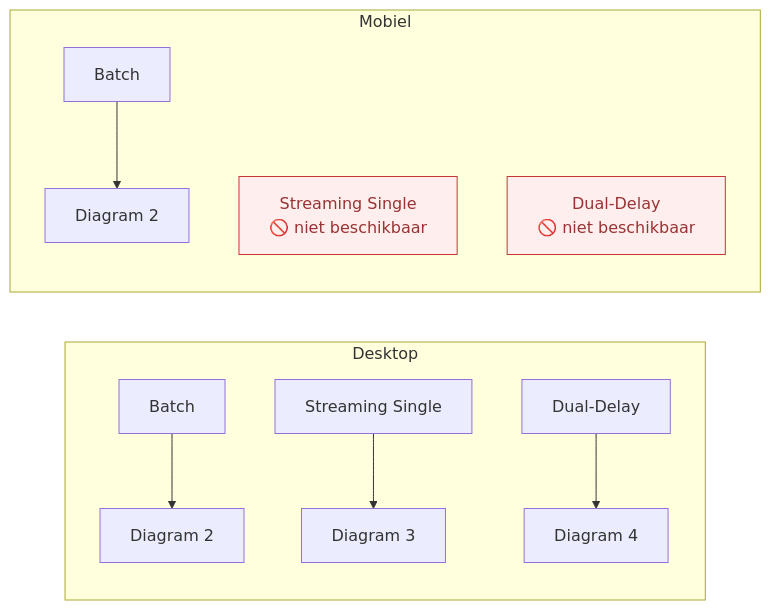
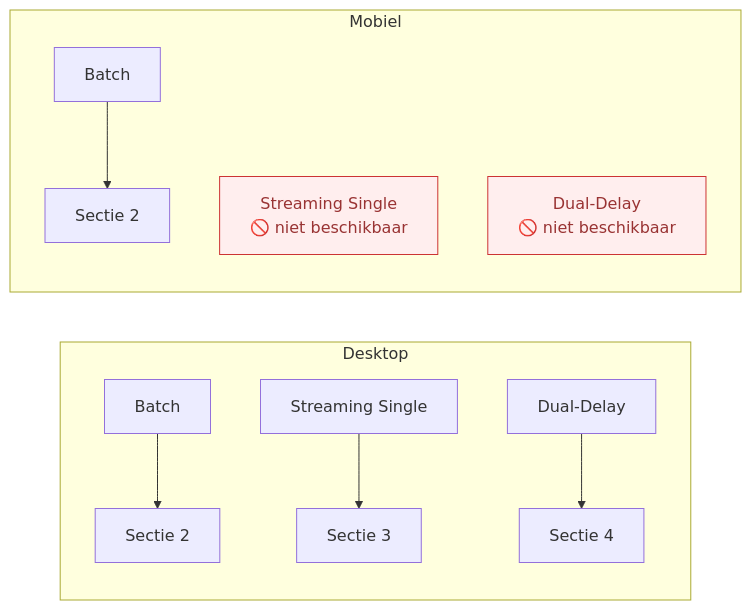
Before and after one commit to maxonamission/voxtral-transcribe: the eighth of 8 diagrams in AUDIO-FLOW.md, drawn with Mermaid. The commit also changed other lines of this file, not shown here.

First line of the commit message:
Integral rewrite of AUDIO-FLOW.md for internal consistency

````diff
--- a/AUDIO-FLOW.md
+++ b/AUDIO-FLOW.md
@@ -521,17 +543,17 @@
 ```mermaid
 flowchart LR
     subgraph DESKTOP["Desktop"]
-        D1["Batch"] --> D_OUT["Diagram 2"]
-        D2["Streaming Single"] --> D_OUT2["Diagram 3"]
-        D3["Dual-Delay"] --> D_OUT3["Diagram 4"]
+        D1["Batch"] --> D_OUT["Sectie 2"]
+        D2["Streaming Single"] --> D_OUT2["Sectie 3"]
+        D3["Dual-Delay"] --> D_OUT3["Sectie 4"]
     end
 
     subgraph MOBILE["Mobiel"]
-        M1["Batch"] --> M_OUT["Diagram 2"]
+        M1["Batch"] --> M_OUT["Sectie 2"]
         M2["Streaming Single\n🚫 niet beschikbaar"]
         M3["Dual-Delay\n🚫 niet beschikbaar"]
     end
 
     style M2 fill:#fee,stroke:#c33,color:#933
     style M3 fill:#fee,stroke:#c33,color:#933
 ```
````
